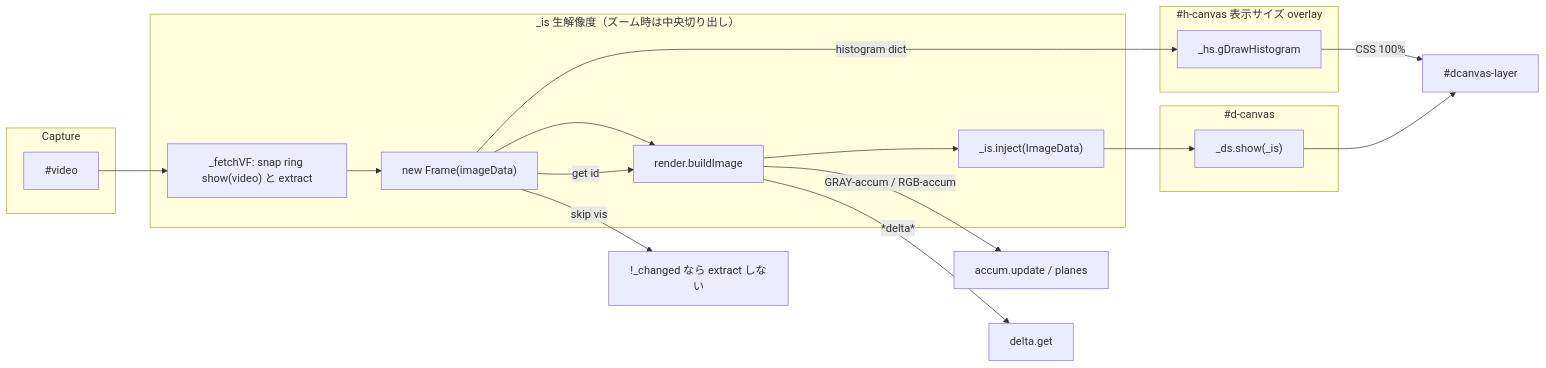
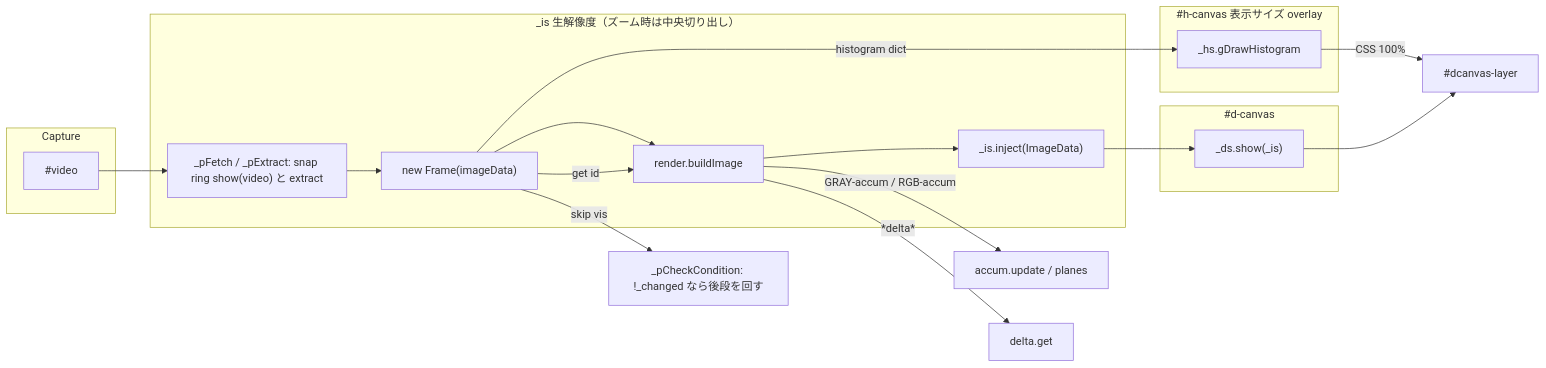
Before and after one commit to mfujimoto-code/JSCam: the second of 4 diagrams in jscam/cam2-design.md, drawn with Mermaid. The commit also changed other lines of this file and 1 other file, not shown here.

Commit message:
docs: sync design to boot loader and vis pipeline

````diff
--- a/jscam/cam2-design.md
+++ b/jscam/cam2-design.md
@@ -238,32 +243,32 @@
 ```mermaid
 flowchart LR
   subgraph Capture
     V["#video"]
   end
 
   subgraph Internal["_is 生解像度（ズーム時は中央切り出し）"]
-    GI["_fetchVF: snap ring show(video) と extract"]
+    GI["_pFetch / _pExtract: snap ring show(video) と extract"]
     FR["new Frame(imageData)"]
     BI["render.buildImage"]
     PI["_is.inject(ImageData)"]
   end
 
   subgraph Overlay["#h-canvas 表示サイズ overlay"]
     HG["_hs.gDrawHistogram"]
   end
 
   subgraph Display["#d-canvas"]
     SH["_ds.show(_is)"]
   end
 
   V --> GI --> FR
   FR --> BI
   BI --> PI --> SH
   FR -->|get id| BI
   FR -->|histogram dict| HG
   BI -->|GRAY-accum / RGB-accum| AccumObj["accum.update / planes"]
   BI -->|*delta*| DeltaObj["delta.get"]
-  FR -->|skip vis| Skip["!_changed なら extract しない"]
+  FR -->|skip vis| Skip["_pCheckCondition: !_changed なら後段を回す"]
   HG -->|CSS 100%| Layer["#dcanvas-layer"]
   SH --> Layer
 ```
````
